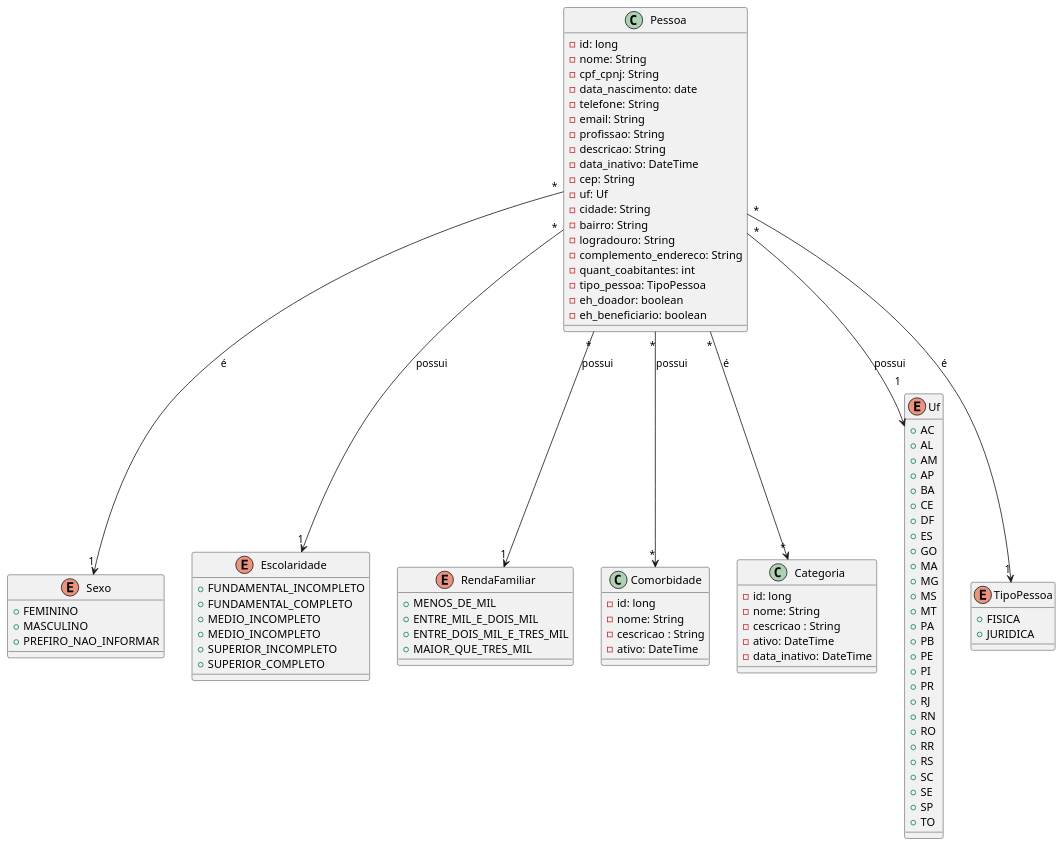
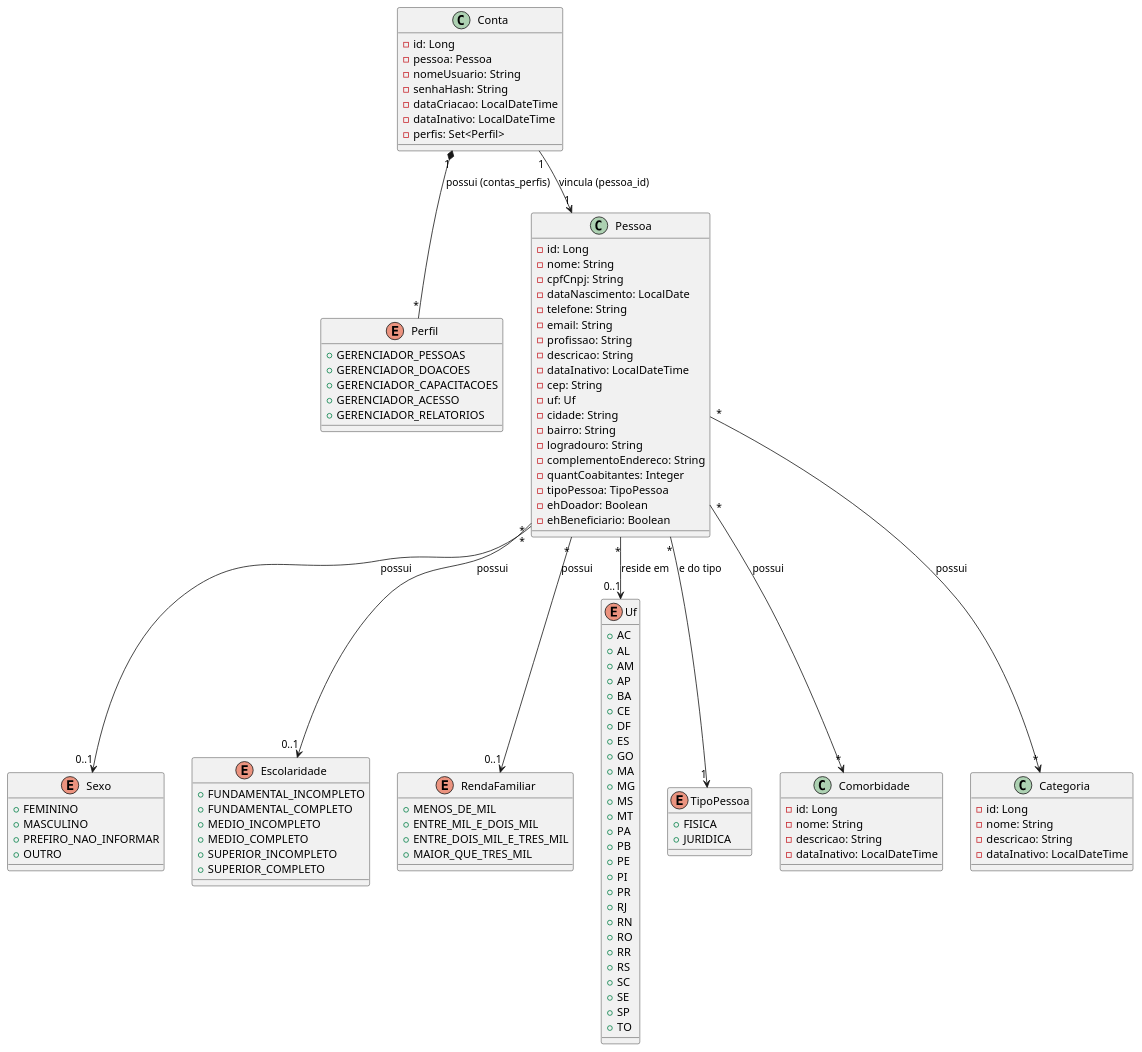
The diagram in docs/diagramas/diagramas-de-classe/codigo-diagrama-de-classe.puml (unitins-p2-asmosul/admin-asmosul), drawn with PlantUML before and after one commit. The commit also changed other lines of this file, not shown here.

Commit message:
Adição da parte de acesso no diagrama

```diff
--- a/docs/diagramas/diagramas-de-classe/codigo-diagrama-de-classe.puml
+++ b/docs/diagramas/diagramas-de-classe/codigo-diagrama-de-classe.puml
@@ -4,111 +4,128 @@
 @startuml
 
 enum Sexo {
   + FEMININO
   + MASCULINO
   + PREFIRO_NAO_INFORMAR
+  + OUTRO
 }
 
 enum Escolaridade {
   + FUNDAMENTAL_INCOMPLETO
   + FUNDAMENTAL_COMPLETO
   + MEDIO_INCOMPLETO
-  + MEDIO_INCOMPLETO
+  + MEDIO_COMPLETO
   + SUPERIOR_INCOMPLETO
   + SUPERIOR_COMPLETO
 }
 
 enum RendaFamiliar {
-+ MENOS_DE_MIL
-+ ENTRE_MIL_E_DOIS_MIL
-+ ENTRE_DOIS_MIL_E_TRES_MIL
-+ MAIOR_QUE_TRES_MIL
+  + MENOS_DE_MIL
+  + ENTRE_MIL_E_DOIS_MIL
+  + ENTRE_DOIS_MIL_E_TRES_MIL
+  + MAIOR_QUE_TRES_MIL
 }
 
-class  Comorbidade {
-  - id: long
-  - nome: String
-  - cescricao : String
-  - ativo: DateTime
+enum Uf {
+  + AC
+  + AL
+  + AM
+  + AP
+  + BA
+  + CE
+  + DF
+  + ES
+  + GO
+  + MA
+  + MG
+  + MS
+  + MT
+  + PA
+  + PB
+  + PE
+  + PI
+  + PR
+  + RJ
+  + RN
+  + RO
+  + RR
+  + RS
+  + SC
+  + SE
+  + SP
+  + TO
 }
 
-class  Categoria {
-  - id: long
-  - nome: String
-  - cescricao : String
-  - ativo: DateTime
-  - data_inativo: DateTime
+enum TipoPessoa {
+  + FISICA
+  + JURIDICA
 }
 
+enum Perfil {
+  + GERENCIADOR_PESSOAS
+  + GERENCIADOR_DOACOES
+  + GERENCIADOR_CAPACITACOES
+  + GERENCIADOR_ACESSO
+  + GERENCIADOR_RELATORIOS
+}
+
+class Comorbidade {
+  - id: Long
+  - nome: String
+  - descricao: String
+  - dataInativo: LocalDateTime
+}
+
+class Categoria {
+  - id: Long
+  - nome: String
+  - descricao: String
+  - dataInativo: LocalDateTime
+}
 
 class Pessoa {
-  - id: long
+  - id: Long
   - nome: String
-  - cpf_cpnj: String
-  - data_nascimento: date
+  - cpfCnpj: String
+  - dataNascimento: LocalDate
   - telefone: String
   - email: String
   - profissao: String
   - descricao: String
-  - data_inativo: DateTime
+  - dataInativo: LocalDateTime
   - cep: String
   - uf: Uf
   - cidade: String
   - bairro: String
   - logradouro: String
-  - complemento_endereco: String
-  - quant_coabitantes: int
-  - tipo_pessoa: TipoPessoa
-  - eh_doador: boolean
-  - eh_beneficiario: boolean
-
+  - complementoEndereco: String
+  - quantCoabitantes: Integer
+  - tipoPessoa: TipoPessoa
+  - ehDoador: Boolean
+  - ehBeneficiario: Boolean
 }
 
-enum Uf {
-  +AC
-  +AL
-  +AM
-  +AP
-  +BA
-  +CE
-  +DF
-  +ES
-  +GO
-  +MA
-  +MG
-  +MS
-  +MT
-  +PA
-  +PB
-  +PE
-  +PI
-  +PR
-  +RJ
-  +RN
-  +RO
-  +RR
-  +RS
-  +SC
-  +SE
-  +SP
-  +TO
+class Conta {
+  - id: Long
+  - pessoa: Pessoa
+  - nomeUsuario: String
+  - senhaHash: String
+  - dataCriacao: LocalDateTime
+  - dataInativo: LocalDateTime
+  - perfis: Set<Perfil>
 }
 
-enum TipoPessoa{
-  + FISICA
-  + JURIDICA
-}
+' Relacionamentos - Módulo de Pessoas
+Pessoa "*" --> "0..1" Sexo : possui
+Pessoa "*" --> "0..1" Escolaridade : possui
+Pessoa "*" --> "0..1" RendaFamiliar : possui
+Pessoa "*" --> "*" Categoria : possui
+Pessoa "*" --> "*" Comorbidade : possui
+Pessoa "*" --> "0..1" Uf : reside em
+Pessoa "*" --> "1" TipoPessoa : e do tipo
 
-' Relacionamentos
-Pessoa "*" --> "1" Sexo : é
-Pessoa "*" --> "1" Escolaridade : possui
-Pessoa "*" --> "1" RendaFamiliar : possui
-
-Pessoa "*" --> "*"Categoria : é
-Pessoa "*" --> "*"Comorbidade : possui
-
-Pessoa "*" --> "1"Uf : possui
-Pessoa "*" --> "1"TipoPessoa : é
-
+' Relacionamentos - Módulo de Acesso
+Conta "1" --> "1" Pessoa : vincula (pessoa_id)
+Conta "1" *-- "*" Perfil : possui (contas_perfis)
 
 @enduml
```
